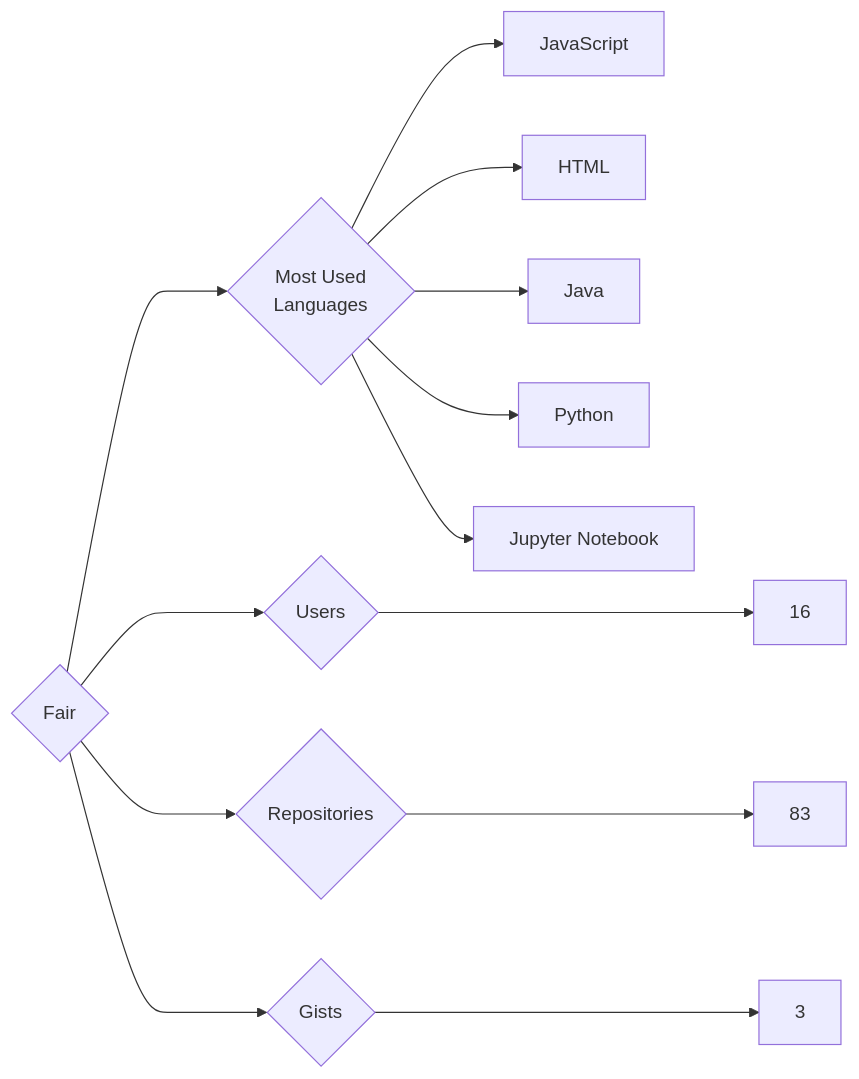
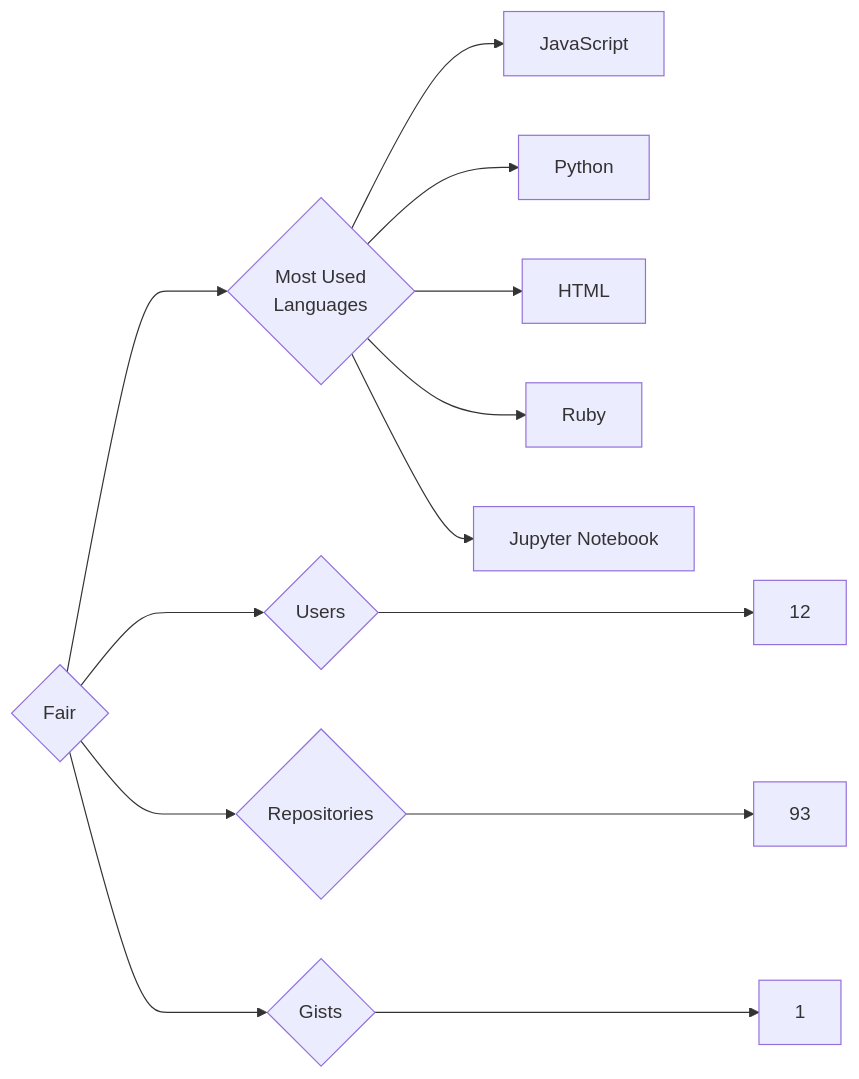
Before and after one commit to trickest/insiders: the diagram in targets/Fair/README.md, drawn with Mermaid. The commit also changed 720 other files, not shown here.

````diff
--- a/targets/Fair/README.md
+++ b/targets/Fair/README.md
@@ -3,13 +3,13 @@
 ```mermaid
 graph LR
 COMPANY_NAME{Fair}
-COMPANY_NAME ---> U{Users} ---> UN[16]
-COMPANY_NAME ---> R{Repositories} ---> RN[83]
-COMPANY_NAME ---> G{Gists} ---> GN[3]
+COMPANY_NAME ---> U{Users} ---> UN[12]
+COMPANY_NAME ---> R{Repositories} ---> RN[93]
+COMPANY_NAME ---> G{Gists} ---> GN[1]
 COMPANY_NAME ---> ML{Most Used<br>Languages}
 ML --> JavaScript[JavaScript]
+ML --> Python[Python]
 ML --> HTML[HTML]
-ML --> Java[Java]
-ML --> Python[Python]
+ML --> Ruby[Ruby]
 ML --> Jupyter_Notebook[Jupyter Notebook]
 ```
````
